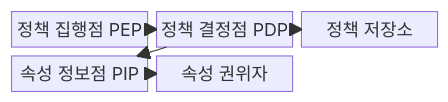
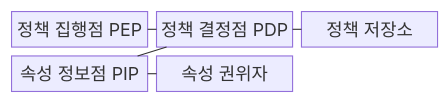
One commit to agnusdei1207/knowledge-base changed the first of 2 diagrams in src/content/docs/notes/05-security/060_abac.md. Above: the diagram before and after it, drawn with Mermaid. The commit also changed other lines of this file and 493 other files, not shown here.

````diff
--- a/src/content/docs/notes/05-security/060_abac.md
+++ b/src/content/docs/notes/05-security/060_abac.md
@@ -64,13 +64,13 @@
 ```mermaid
 block-beta
   columns 3
   A["정책 집행점 PEP"]
   B["정책 결정점 PDP"]
   C["정책 저장소"]
   D["속성 정보점 PIP"]
   E["속성 권위자"]
-    A --> B
-    B --> C
-    B --> D
-    D --> E
+    A --- B
+    B --- C
+    B --- D
+    D --- E
 ```
````
